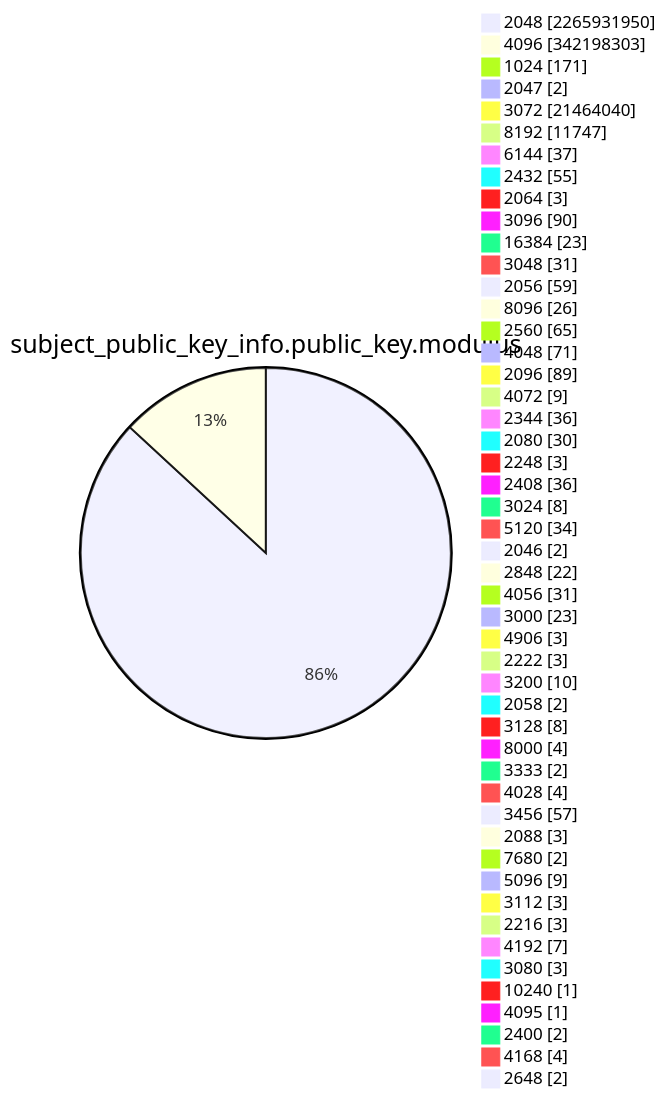
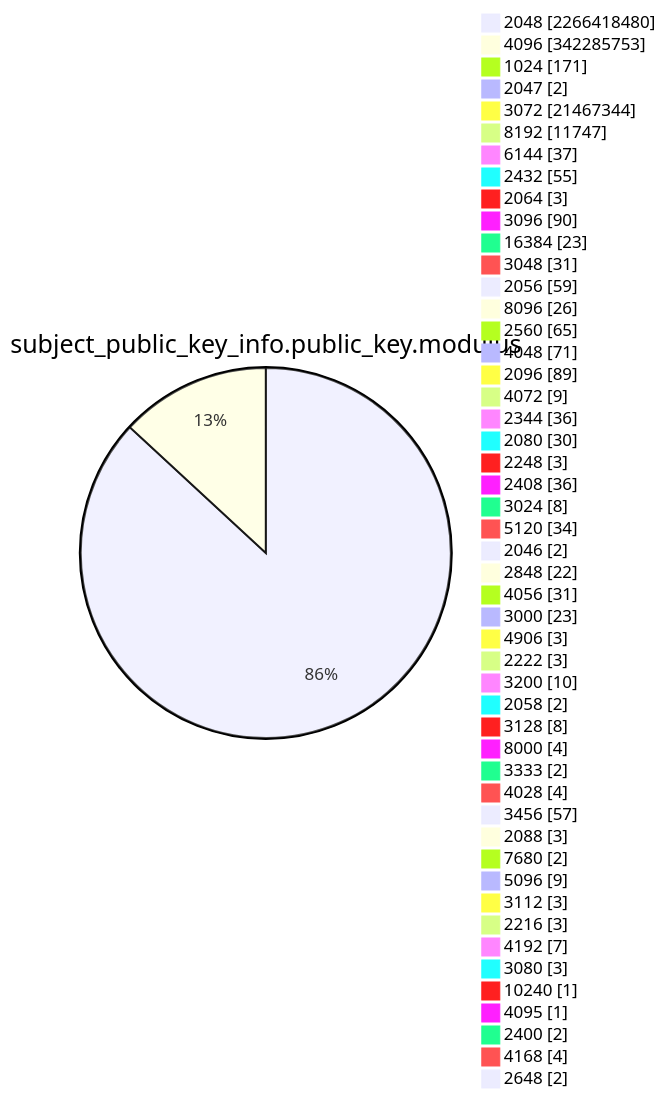
One commit to christiankrug/ctmonitor_visualization changed diagram 13 of 15 in TOTAL/README.md. Above: the diagram before and after it, drawn with Mermaid. The commit also changed other lines of this file, not shown here.

````diff
--- a/TOTAL/README.md
+++ b/TOTAL/README.md
@@ -4165,53 +4165,53 @@
 ```mermaid
 pie showData
 title subject_public_key_info.public_key.modulus
-"2048" :2265931950
-"4096" :342198303
+"2048" :2266418480
+"4096" :342285753
 "1024" :171
 "2047" :2
-"3072" :21464040
+"3072" :21467344
 "8192" :11747
 "6144" :37
 "2432" :55
 "2064" :3
 "3096" :90
 "16384" :23
 "3048" :31
 "2056" :59
 "8096" :26
 "2560" :65
 "4048" :71
 "2096" :89
 "4072" :9
 "2344" :36
 "2080" :30
 "2248" :3
 "2408" :36
 "3024" :8
 "5120" :34
 "2046" :2
 "2848" :22
 "4056" :31
 "3000" :23
 "4906" :3
 "2222" :3
 "3200" :10
 "2058" :2
 "3128" :8
 "8000" :4
 "3333" :2
 "4028" :4
 "3456" :57
 "2088" :3
 "7680" :2
 "5096" :9
 "3112" :3
 "2216" :3
 "4192" :7
 "3080" :3
 "10240" :1
 "4095" :1
 "2400" :2
 "4168" :4
 "2648" :2
 ```
````
